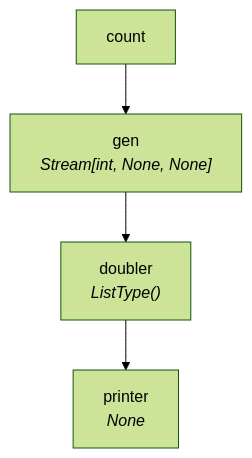
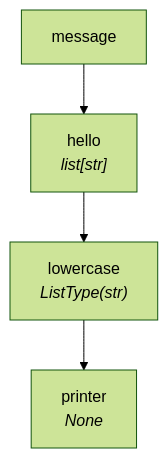
One commit to humansoftware/synaflow changed the diagram in docs/user_docs/tutorial/multiple-steps.md. Above: the diagram before and after it, drawn with Mermaid (forest theme). The commit also changed other lines of this file and 15 other files, not shown here.

First line of the commit message:
docs: rewrite lockstep-flow + enable branch preview deploys

````diff
--- a/docs/user_docs/tutorial/multiple-steps.md
+++ b/docs/user_docs/tutorial/multiple-steps.md
@@ -90,9 +79,9 @@
 ```mermaid
 flowchart TD
-    gen["gen<br/><i>Stream[int, None, None]</i>"]
-    doubler["doubler<br/><i>ListType(<class 'int'>)</i>"]
+    hello["hello<br/><i>list[str]</i>"]
+    lowercase["lowercase<br/><i>ListType(str)</i>"]
     printer["printer<br/><i>None</i>"]
-    count --> gen
-    gen --> doubler
-    doubler --> printer
+    message --> hello
+    hello --> lowercase
+    lowercase --> printer
 ```
````
